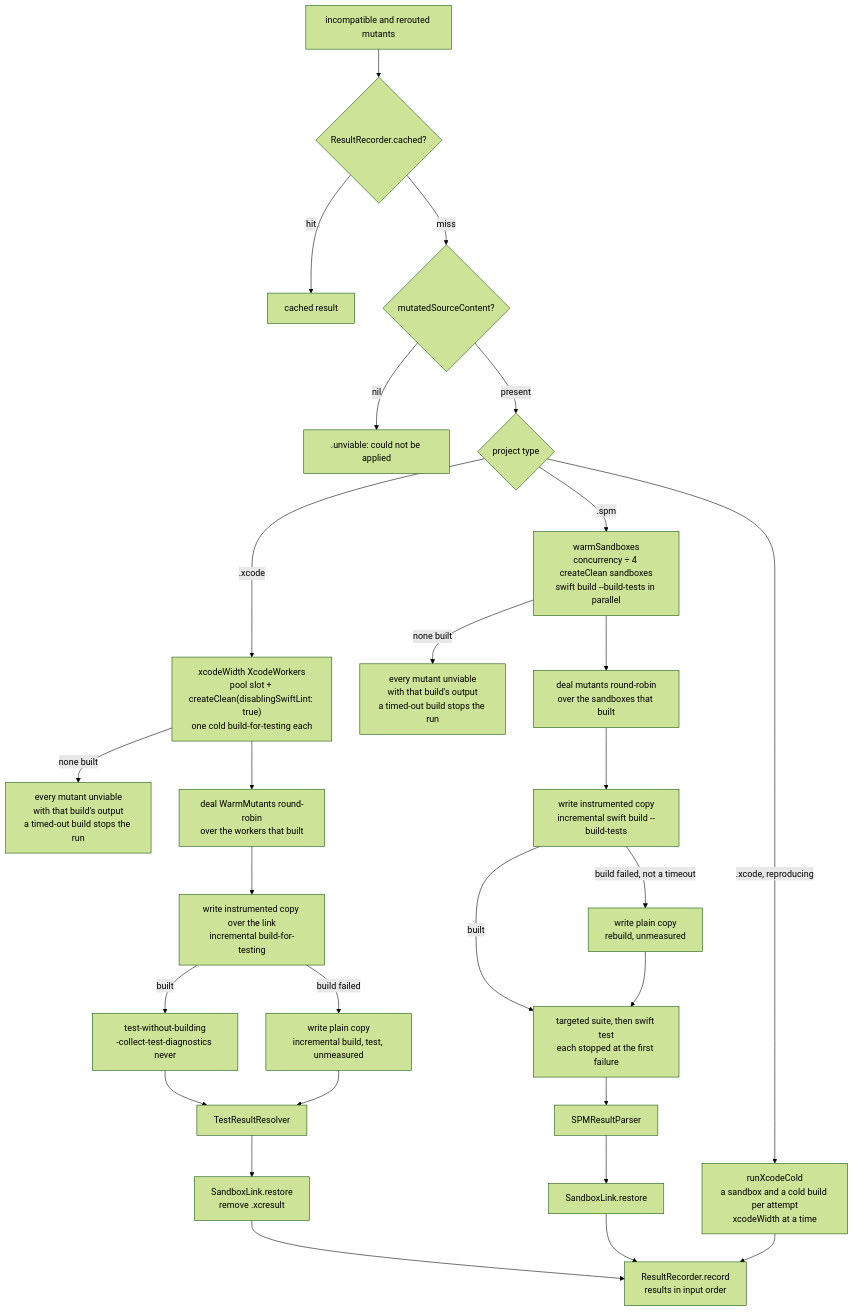
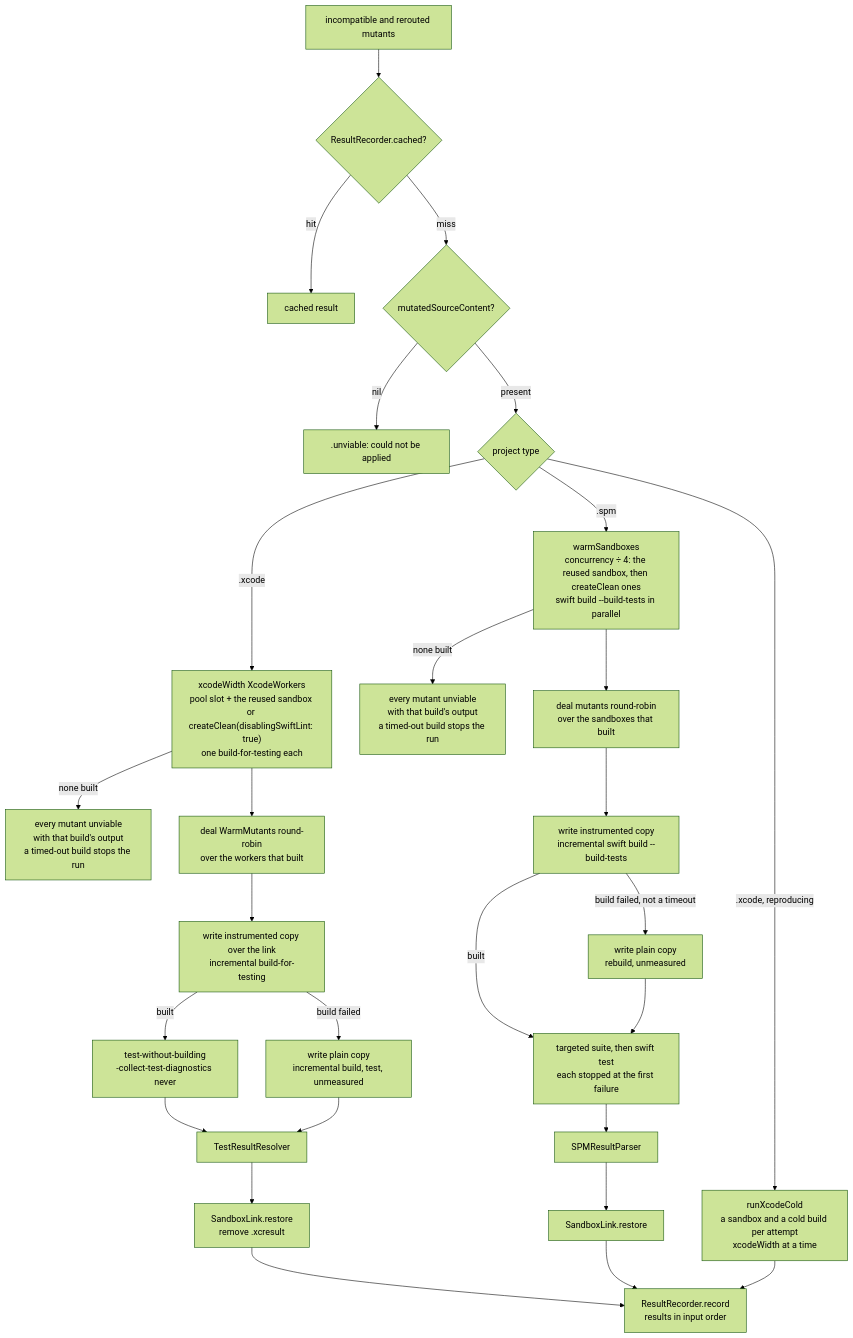
The sixth of 6 diagrams in Docs/CodeBase/07-execution.md (ericodx/swift-mutation-testing), drawn with Mermaid (forest theme) before and after one commit. The commit also changed other lines of this file and 5 other files, not shown here.

Commit message:
docs: describe the schema sandbox every path of a run shares, restored and rebuilt incrementally for the unmutated checks, the fallback and the first warm sandbox

````diff
--- a/Docs/CodeBase/07-execution.md
+++ b/Docs/CodeBase/07-execution.md
@@ -746,30 +767,30 @@
 ```mermaid
 flowchart TD
     MUTANTS["incompatible and rerouted mutants"] --> CACHE{"ResultRecorder.cached?"}
     CACHE -- hit --> CACHED["cached result"]
     CACHE -- miss --> CONTENT{"mutatedSourceContent?"}
     CONTENT -- nil --> NA[".unviable: could not be applied"]
     CONTENT -- present --> PT{"project type"}
     PT -- ".xcode, reproducing" --> COLD["runXcodeCold<br>a sandbox and a cold build per attempt<br>xcodeWidth at a time"]
-    PT -- ".xcode" --> XWARM["xcodeWidth XcodeWorkers<br>pool slot + createClean(disablingSwiftLint: true)<br>one cold build-for-testing each"]
+    PT -- ".xcode" --> XWARM["xcodeWidth XcodeWorkers<br>pool slot + the reused sandbox or createClean(disablingSwiftLint: true)<br>one build-for-testing each"]
     XWARM -- "none built" --> XUNVIABLE["every mutant unviable<br>with that build's output<br>a timed-out build stops the run"]
     XWARM --> XDEAL["deal WarmMutants round-robin<br>over the workers that built"]
     XDEAL --> XWRITE["write instrumented copy over the link<br>incremental build-for-testing"]
     XWRITE -- built --> LAUNCH["test-without-building<br>-collect-test-diagnostics never"]
     XWRITE -- "build failed" --> XPLAIN["write plain copy<br>incremental build, test, unmeasured"]
     LAUNCH --> PARSE["TestResultResolver"]
     XPLAIN --> PARSE
     PARSE --> XRESTORE["SandboxLink.restore<br>remove .xcresult"]
-    PT -- ".spm" --> WARM["warmSandboxes<br>concurrency ÷ 4 createClean sandboxes<br>swift build --build-tests in parallel"]
+    PT -- ".spm" --> WARM["warmSandboxes<br>concurrency ÷ 4: the reused sandbox, then createClean ones<br>swift build --build-tests in parallel"]
     WARM -- "none built" --> ALLUNVIABLE["every mutant unviable<br>with that build's output<br>a timed-out build stops the run"]
     WARM --> DEAL["deal mutants round-robin<br>over the sandboxes that built"]
     DEAL --> WRITE["write instrumented copy<br>incremental swift build --build-tests"]
     WRITE -- built --> TESTS["targeted suite, then swift test<br>each stopped at the first failure"]
     WRITE -- "build failed, not a timeout" --> SPLAIN["write plain copy<br>rebuild, unmeasured"]
     SPLAIN --> TESTS
     TESTS --> SPMPARSE["SPMResultParser"]
     SPMPARSE --> SRESTORE["SandboxLink.restore"]
     XRESTORE --> STORE["ResultRecorder.record<br>results in input order"]
     SRESTORE --> STORE
     COLD --> STORE
 ```
````
